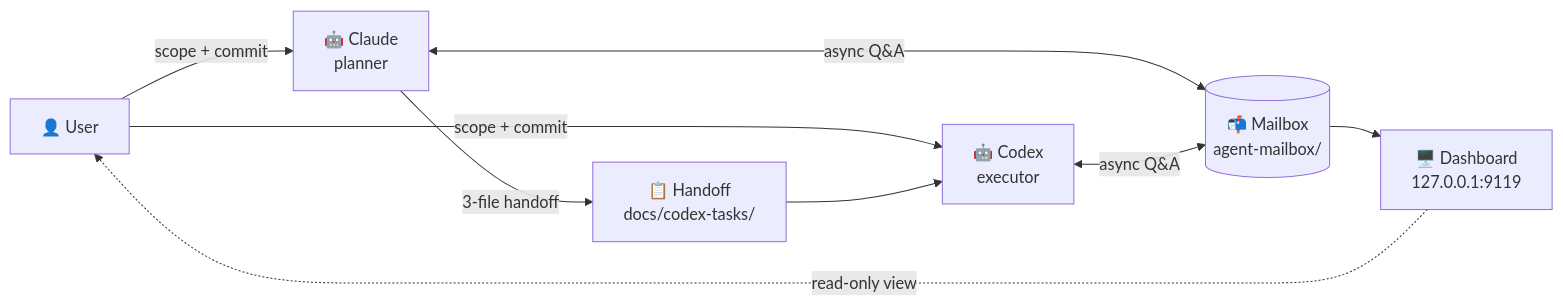
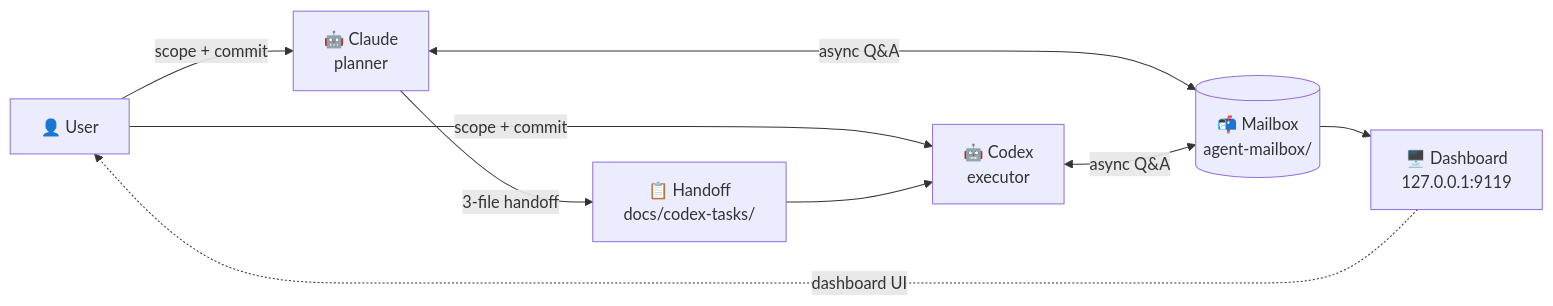
Before and after one commit to ub3dqy/workflow: the diagram in README.md, drawn with Mermaid. The commit also changed other lines of this file and 1 other file, not shown here.

Commit message:
docs: fix read-only dashboard misdescription + RU tone polish
- README.md: "Local read-only dashboard" → "Local dashboard"
  (dashboard has reply/archive safe actions since mailbox-phase2
  commit 8800e20 — prior README wording was stale)
- README.md: mermaid edge label "read-only view" → "dashboard UI"
- README.ru.md: title reformulated ("совместная работа с двумя
  агентами"), natural Russian idioms throughout (less anglicism),
  typo "докуменацию" → "документацию" fixed, mermaid label updated

Based on Codex's review (thread greetings-mood-check, archived).
Docs-only, zero functional changes.

````diff
--- a/README.md
+++ b/README.md
@@ -90,18 +90,18 @@
 ```mermaid
 flowchart LR
     U[👤 User]
     C[🤖 Claude<br/>planner]
     X[🤖 Codex<br/>executor]
     M[(📬 Mailbox<br/>agent-mailbox/)]
     D[📋 Handoff<br/>docs/codex-tasks/]
     W[🖥️ Dashboard<br/>127.0.0.1:9119]
 
     U -->|scope + commit| C
     U -->|scope + commit| X
     C -->|3-file handoff| D
     D --> X
     C <-->|async Q&A| M
     X <-->|async Q&A| M
     M --> W
-    W -.->|read-only view| U
+    W -.->|dashboard UI| U
 ```
````
